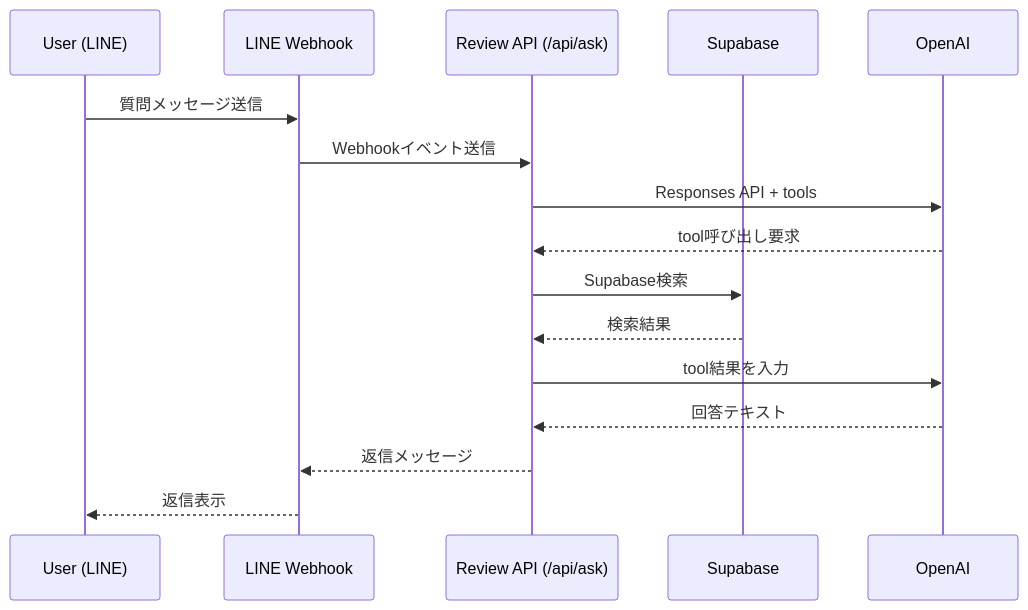
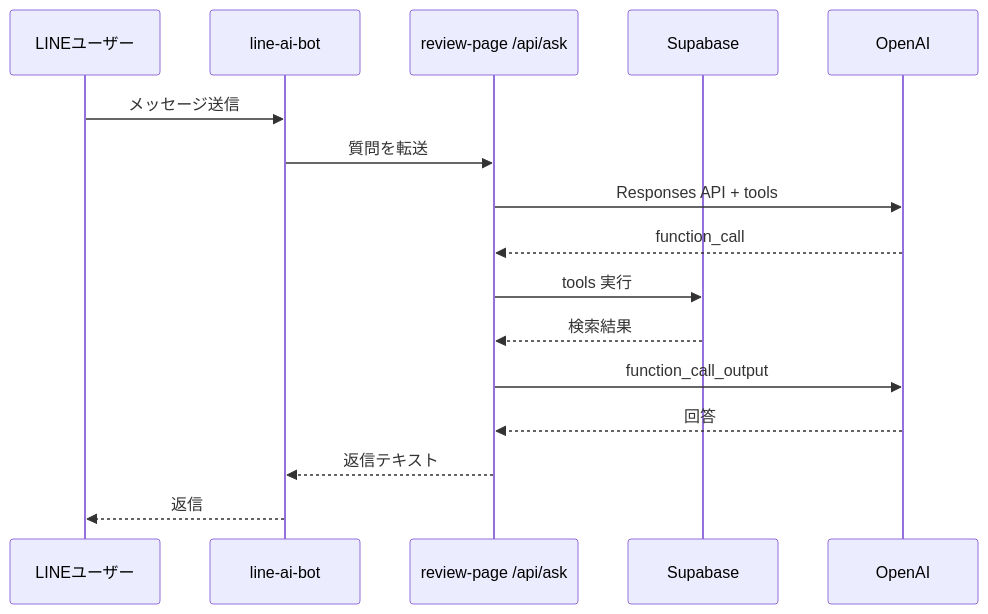
Before and after one commit to lego0509/campus-ai: the second of 3 diagrams in wiki/03-アーキテクチャ.md, drawn with Mermaid. The commit also changed other lines of this file and 36 other files, not shown here.

````diff
--- a/wiki/03-アーキテクチャ.md
+++ b/wiki/03-アーキテクチャ.md
@@ -21,19 +29,19 @@
 ```mermaid
 sequenceDiagram
-  participant User as User (LINE)
-  participant Line as LINE Webhook
-  participant Ask as Review API (/api/ask)
+  participant User as LINEユーザー
+  participant Line as line-ai-bot
+  participant Review as review-page /api/ask
   participant DB as Supabase
   participant AI as OpenAI
 
-  User->>Line: 質問メッセージ送信
-  Line->>Ask: Webhookイベント送信
-  Ask->>AI: Responses API + tools
-  AI-->>Ask: tool呼び出し要求
-  Ask->>DB: Supabase検索
-  DB-->>Ask: 検索結果
-  Ask->>AI: tool結果を入力
-  AI-->>Ask: 回答テキスト
-  Ask-->>Line: 返信メッセージ
-  Line-->>User: 返信表示
+  User->>Line: メッセージ送信
+  Line->>Review: 質問を転送
+  Review->>AI: Responses API + tools
+  AI-->>Review: function_call
+  Review->>DB: tools 実行
+  DB-->>Review: 検索結果
+  Review->>AI: function_call_output
+  AI-->>Review: 回答
+  Review-->>Line: 返信テキスト
+  Line-->>User: 返信
 ```
````
